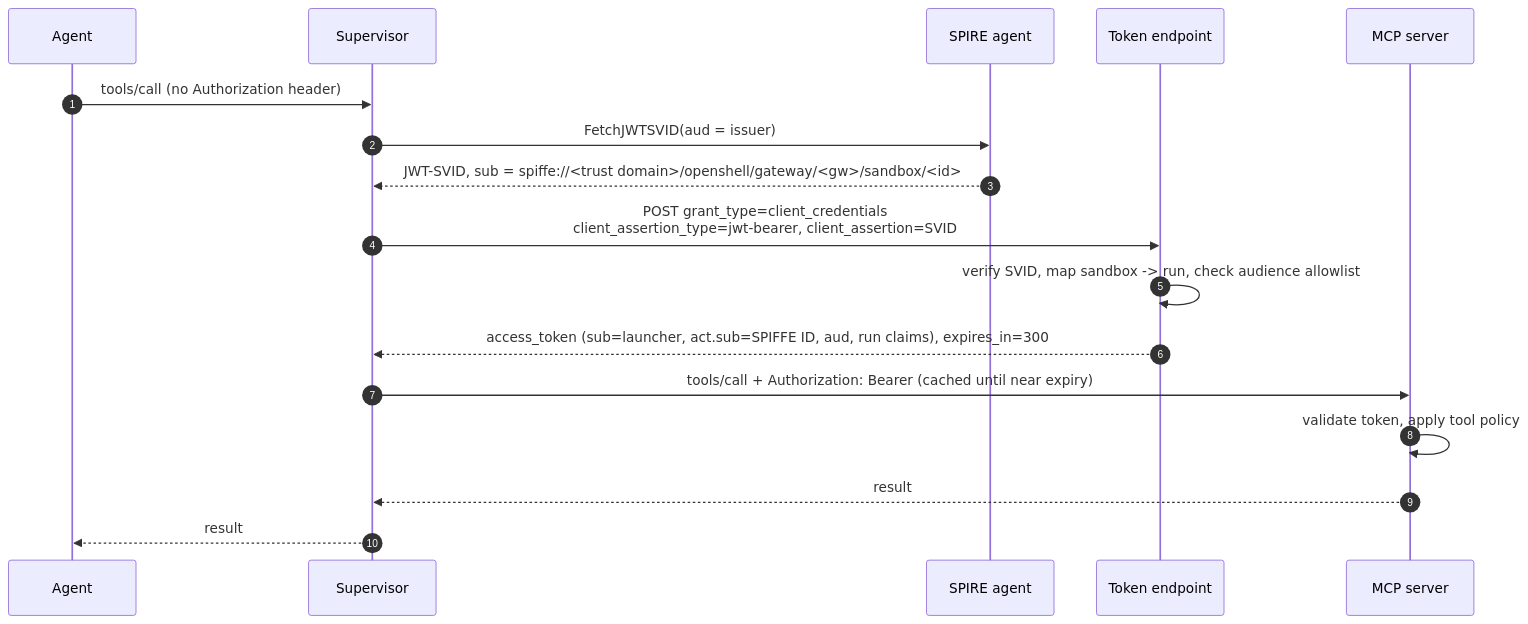
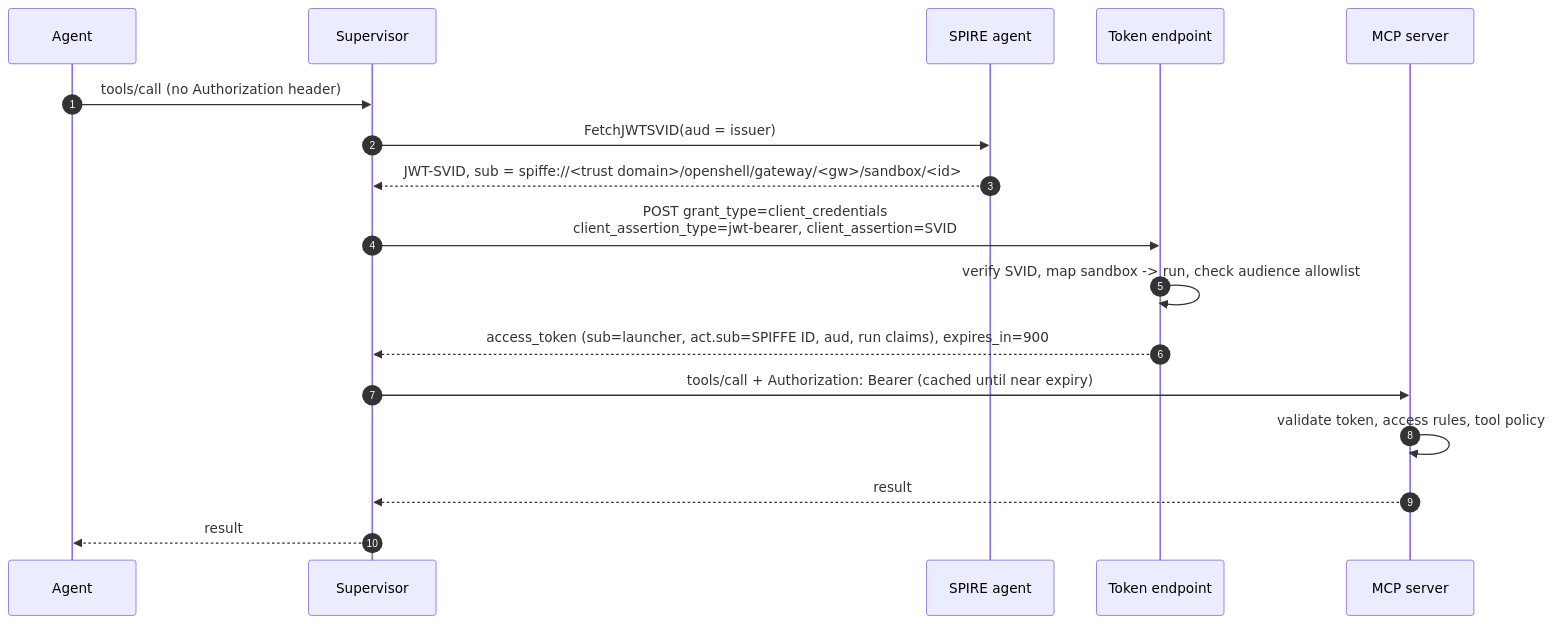
Before and after one commit to neuralmagic/crucible: the second of 5 diagrams in crucible-mcp-auth/README.md, drawn with Mermaid. The commit also changed other lines of this file and 9 other files, not shown here.

````diff
--- a/crucible-mcp-auth/README.md
+++ b/crucible-mcp-auth/README.md
@@ -97,19 +84,19 @@
 ```mermaid
 sequenceDiagram
     autonumber
     participant A as Agent
     participant S as Supervisor
     participant W as SPIRE agent
     participant T as Token endpoint
     participant M as MCP server
     A->>S: tools/call (no Authorization header)
     S->>W: FetchJWTSVID(aud = issuer)
     W-->>S: JWT-SVID, sub = spiffe://<trust domain>/openshell/gateway/<gw>/sandbox/<id>
     S->>T: POST grant_type=client_credentials<br/>client_assertion_type=jwt-bearer, client_assertion=SVID
     T->>T: verify SVID, map sandbox -> run, check audience allowlist
-    T-->>S: access_token (sub=launcher, act.sub=SPIFFE ID, aud, run claims), expires_in=300
+    T-->>S: access_token (sub=launcher, act.sub=SPIFFE ID, aud, run claims), expires_in=900
     S->>M: tools/call + Authorization: Bearer (cached until near expiry)
-    M->>M: validate token, apply tool policy
+    M->>M: validate token, access rules, tool policy
     M-->>S: result
     S-->>A: result
 ```
````
